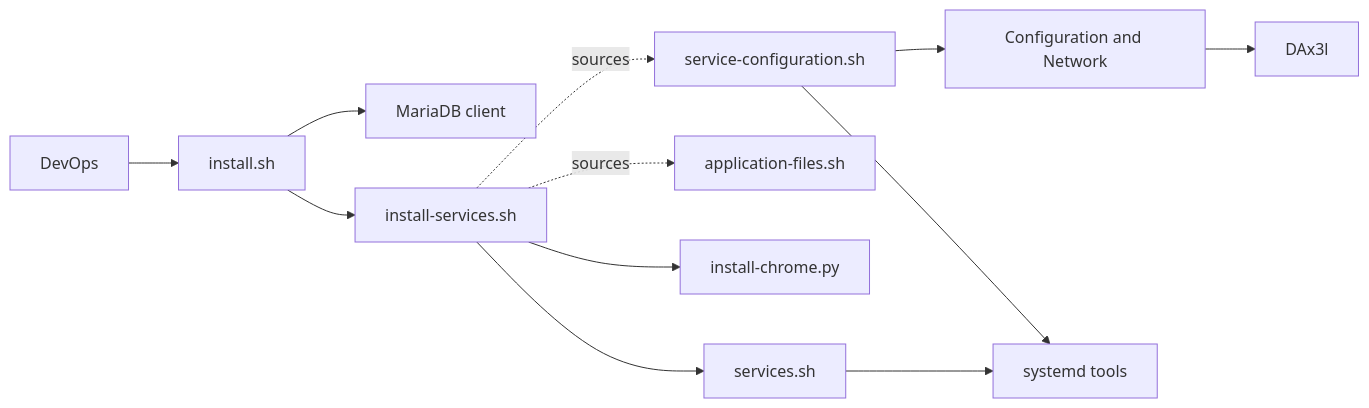
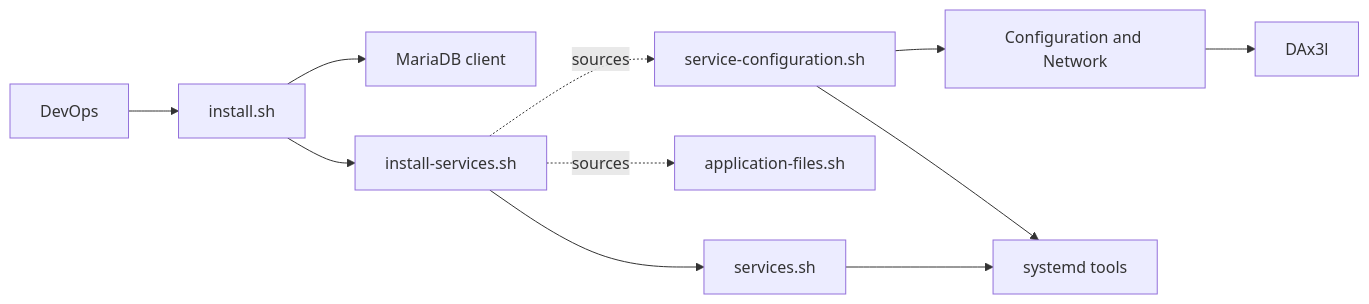
One commit to NadimGhaznavi/ax3l changed the first of 2 diagrams in bmforge-docs/design/uc-01-deploy-ax3l-software.md. Above: the diagram before and after it, drawn with Mermaid. The commit also changed other lines of this file and 11 other files, not shown here.

````diff
--- a/bmforge-docs/design/uc-01-deploy-ax3l-software.md
+++ b/bmforge-docs/design/uc-01-deploy-ax3l-software.md
@@ -21,14 +21,13 @@
 ```mermaid
 flowchart LR
     devops["DevOps"] --> installer["install.sh"]
     installer --> database["MariaDB client"]
     installer --> services["install-services.sh"]
     services -.->|sources| settings["service-configuration.sh"]
     services -.->|sources| files["application-files.sh"]
     settings --> configuration["Configuration and Network"]
     configuration --> defaults["DAx3l"]
-    services --> browser["install-chrome.py"]
     services --> lifecycle["services.sh"]
     settings --> systemd["systemd tools"]
     lifecycle --> systemd
 ```
````
